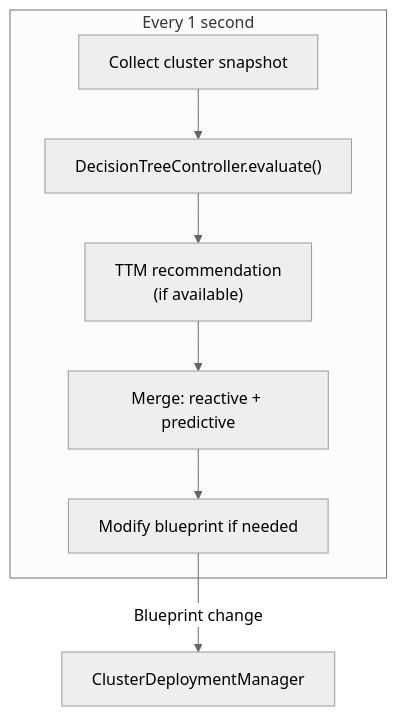
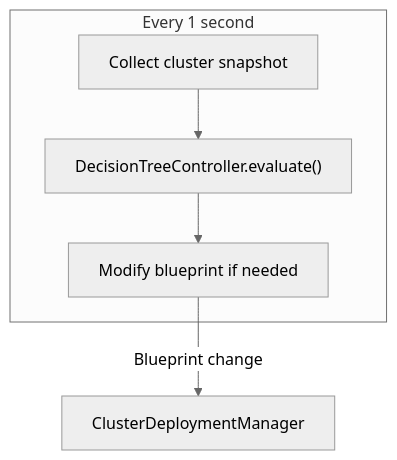
The third of 4 diagrams in aether/docs/architecture/08-scaling.md (pragmaticalabs/pragmatica), drawn with Mermaid (neutral theme) before and after one commit. The commit also changed other lines of this file and 85 other files, not shown here.

````diff
--- a/aether/docs/architecture/08-scaling.md
+++ b/aether/docs/architecture/08-scaling.md
@@ -168,13 +95,11 @@
 ```mermaid
 graph TB
     subgraph Cycle["Every 1 second"]
         Collect["Collect cluster snapshot"]
         Evaluate["DecisionTreeController.evaluate()"]
-        TTMCheck["TTM recommendation<br/>(if available)"]
-        Decide["Merge: reactive + predictive"]
         Act["Modify blueprint if needed"]
     end
 
-    Collect --> Evaluate --> TTMCheck --> Decide --> Act
+    Collect --> Evaluate --> Act
     Act -->|"Blueprint change"| CDM["ClusterDeploymentManager"]
 ```
````
